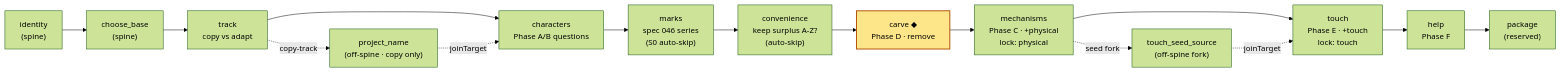
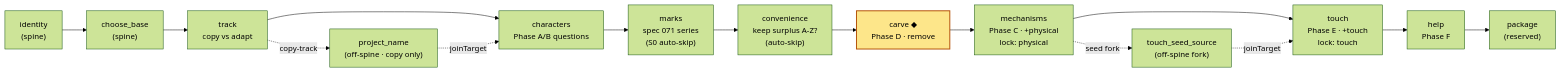
The first of 4 diagrams in docs/carve-gallery-flow.md (keyboard-studio/keyboard-studio), drawn with Mermaid (forest theme) before and after one commit. The commit also changed other lines of this file and 241 other files, not shown here.

````diff
--- a/docs/carve-gallery-flow.md
+++ b/docs/carve-gallery-flow.md
@@ -32,23 +32,23 @@
 ```mermaid
 flowchart LR
   identity["identity<br/>(spine)"]
   base["choose_base<br/>(spine)"]
   track["track<br/>copy vs adapt"]
   pname["project_name<br/>(off-spine · copy only)"]
   chars["characters<br/>Phase A/B questions"]
-  marks["marks<br/>spec 046 series<br/>(S0 auto-skip)"]
+  marks["marks<br/>spec 071 series<br/>(S0 auto-skip)"]
   conv["convenience<br/>keep surplus A-Z?<br/>(auto-skip)"]
   carve["carve ◆<br/>Phase D · remove"]:::here
   mech["mechanisms<br/>Phase C · +physical<br/>lock: physical"]
   tseed["touch_seed_source<br/>(off-spine fork)"]
   touch["touch<br/>Phase E · +touch<br/>lock: touch"]
   help["help<br/>Phase F"]
   pkg["package<br/>(reserved)"]
 
   identity --> base --> track --> chars
   track -. copy-track .-> pname -. joinTarget .-> chars
   chars --> marks --> conv --> carve --> mech --> touch --> help --> pkg
   mech -. seed fork .-> tseed -. joinTarget .-> touch
 
   classDef here fill:#fde68a,stroke:#b45309,stroke-width:2px,color:#000;
 ```
````
